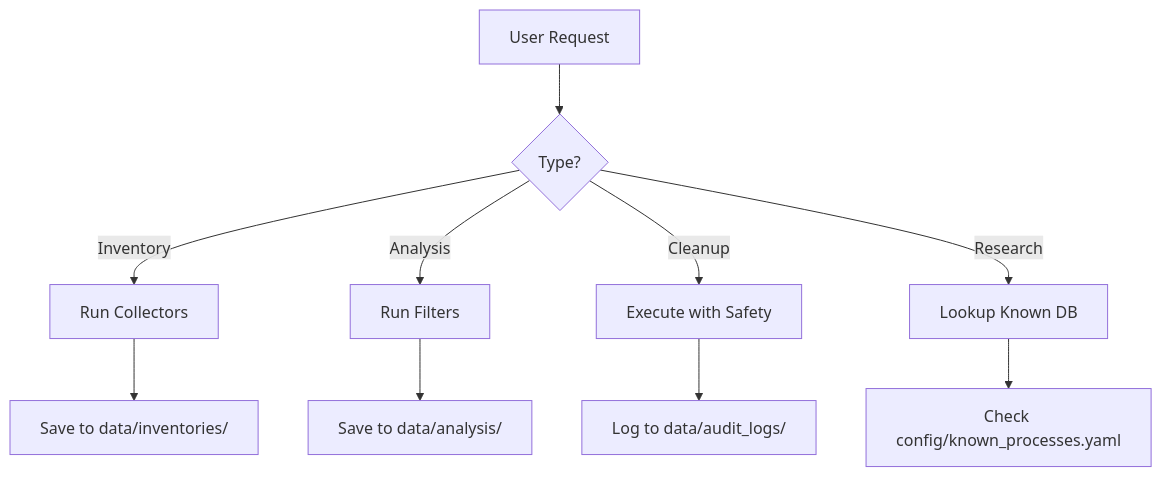
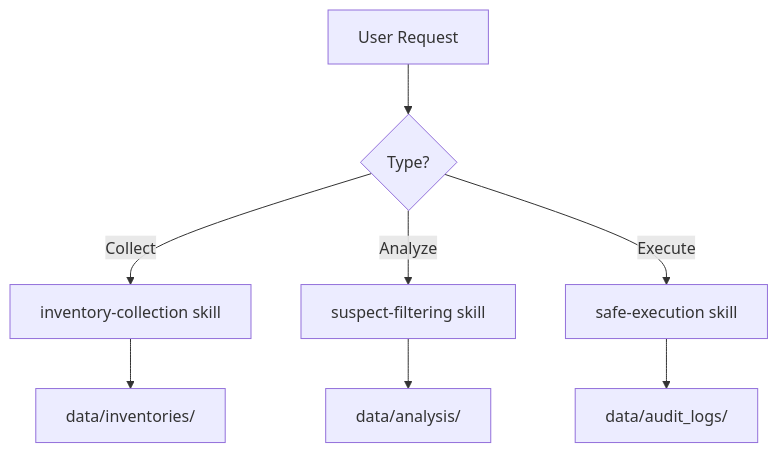
Before and after one commit to hhalperin/reaper: the diagram in .cursor/agent.md, drawn with Mermaid. The commit also changed other lines of this file and 9 other files, not shown here.

````diff
--- a/.cursor/agent.md
+++ b/.cursor/agent.md
@@ -8,13 +14,11 @@
 ```mermaid
 flowchart TD
     A[User Request] --> B{Type?}
-    B -->|Inventory| C[Run Collectors]
-    B -->|Analysis| D[Run Filters]
-    B -->|Cleanup| E[Execute with Safety]
-    B -->|Research| F[Lookup Known DB]
+    B -->|Collect| C[inventory-collection skill]
+    B -->|Analyze| D[suspect-filtering skill]
+    B -->|Execute| E[safe-execution skill]
     
-    C --> G[Save to data/inventories/]
-    D --> H[Save to data/analysis/]
-    E --> I[Log to data/audit_logs/]
-    F --> J[Check config/known_processes.yaml]
+    C --> F[data/inventories/]
+    D --> G[data/analysis/]
+    E --> H[data/audit_logs/]
 ```
````
